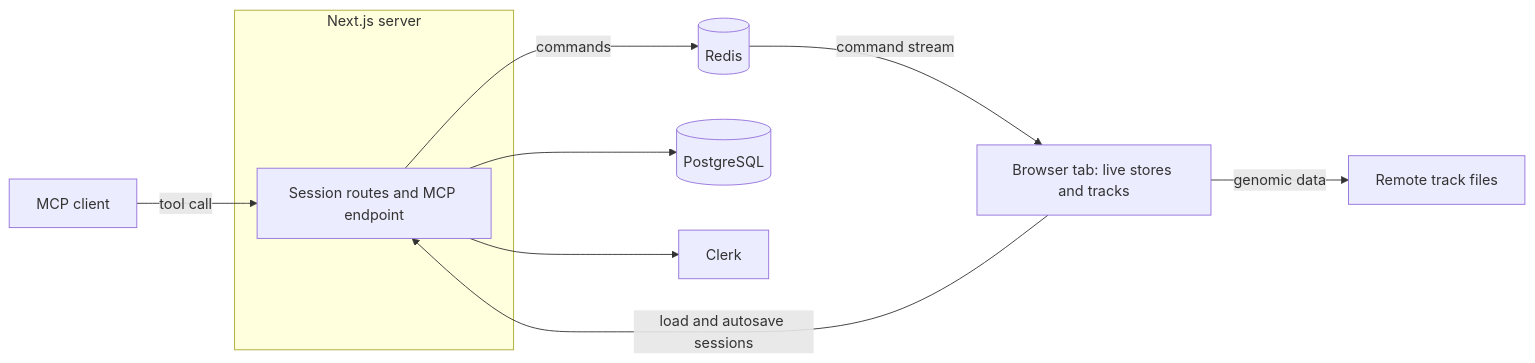
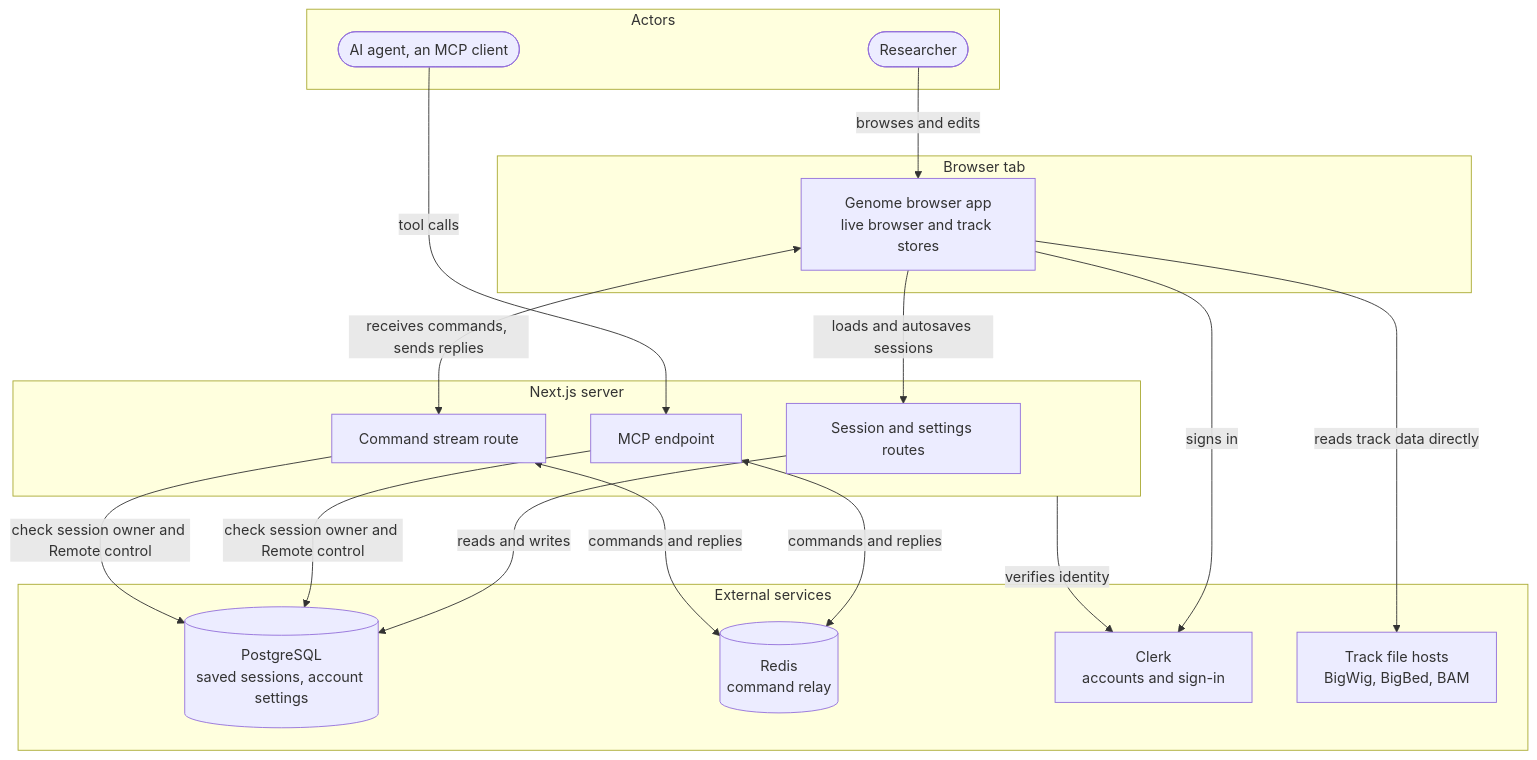
The diagram in apps/web/README.md (weng-lab/genomebrowser), drawn with Mermaid before and after one commit.

Commit message:
Show every actor and service in the web app system diagram

````diff
--- a/apps/web/README.md
+++ b/apps/web/README.md
@@ -5,12 +5,38 @@
 ```mermaid
-flowchart LR
-  Agent[MCP client] -->|tool call| Next
+flowchart TB
+  subgraph Actors
+    User([Researcher])
+    Agent([AI agent, an MCP client])
+  end
+
+  subgraph Browser[Browser tab]
+    App[Genome browser app<br/>live browser and track stores]
+  end
+
   subgraph Server[Next.js server]
-    Next[Session routes and MCP endpoint]
+    Routes[Session and settings routes]
+    MCP[MCP endpoint]
+    Stream[Command stream route]
   end
-  Tab[Browser tab: live stores and tracks] -->|load and autosave sessions| Next
-  Next -->|commands| Redis[(Redis)] -->|command stream| Tab
-  Next --> Postgres[(PostgreSQL)]
-  Next --> Clerk[Clerk]
-  Tab -->|genomic data| Files[Remote track files]
+
+  subgraph Services[External services]
+    Postgres[(PostgreSQL<br/>saved sessions, account settings)]
+    Redis[(Redis<br/>command relay)]
+    Clerk[Clerk<br/>accounts and sign-in]
+    Files[Track file hosts<br/>BigWig, BigBed, BAM]
+  end
+
+  User -->|browses and edits| App
+  Agent -->|tool calls| MCP
+
+  App -->|loads and autosaves sessions| Routes
+  App <-->|receives commands, sends replies| Stream
+  App -->|reads track data directly| Files
+  App -->|signs in| Clerk
+
+  Routes -->|reads and writes| Postgres
+  MCP & Stream -->|check session owner and Remote control| Postgres
+  MCP <-->|commands and replies| Redis
+  Stream <-->|commands and replies| Redis
+  Server -->|verifies identity| Clerk
 ```
````
